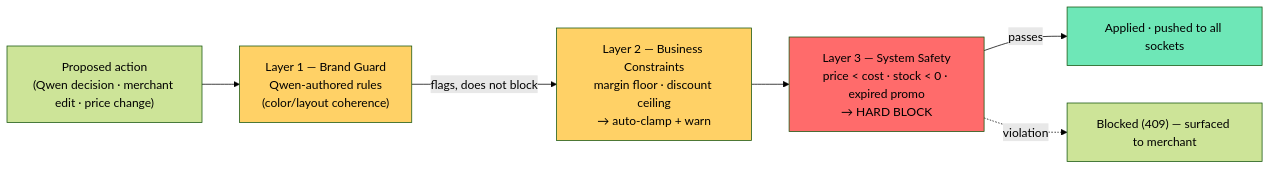
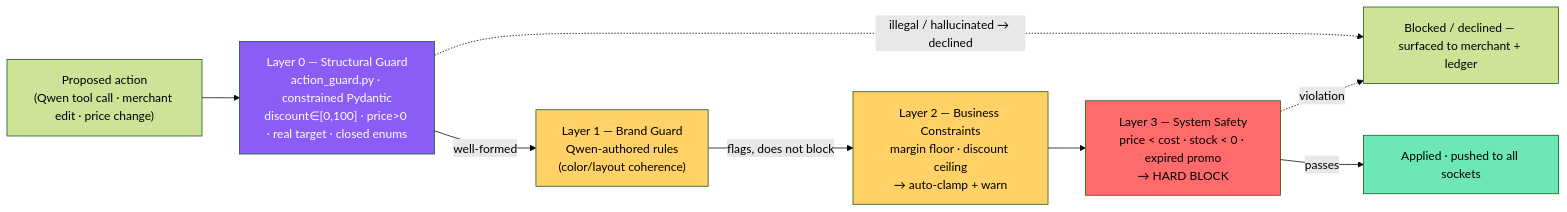
Before and after one commit to Alpha-dev-001/elevate-hackathon: the fourth of 7 diagrams in docs/ARCHITECTURE.md, drawn with Mermaid (forest theme). The commit also changed other lines of this file and 9 other files, not shown here.

First line of the commit message:
docs: refresh README/architecture/deep-dive/testing for swarm+guard+learning+ledger+proactive; add screenshots + Alibaba deploy proof

````diff
--- a/docs/ARCHITECTURE.md
+++ b/docs/ARCHITECTURE.md
@@ -212,17 +290,21 @@
 ```mermaid
 flowchart LR
-    IN["Proposed action<br/>(Qwen decision · merchant edit · price change)"] --> L1
+    IN["Proposed action<br/>(Qwen tool call · merchant edit · price change)"] --> L0
 
+    L0["Layer 0 — Structural Guard<br/>action_guard.py · constrained Pydantic<br/>discount∈[0,100] · price&gt;0 · real target · closed enums"]
+    L0 -.->|illegal / hallucinated → declined| STOP
+    L0 -->|well-formed| L1
     L1["Layer 1 — Brand Guard<br/>Qwen-authored rules<br/>(color/layout coherence)"]
     L1 -->|flags, does not block| L2
     L2["Layer 2 — Business Constraints<br/>margin floor · discount ceiling<br/>→ auto-clamp + warn"]
     L2 --> L3
     L3["Layer 3 — System Safety<br/>price &lt; cost · stock &lt; 0 · expired promo<br/>→ HARD BLOCK"]
     L3 -->|passes| OUT["Applied · pushed to all sockets"]
-    L3 -.->|violation| STOP["Blocked (409) — surfaced to merchant"]
+    L3 -.->|violation| STOP["Blocked / declined — surfaced to merchant + ledger"]
 
+    style L0 fill:#8B5CF6,color:#fff
     style L1 fill:#FFD166,color:#000
     style L2 fill:#FFD166,color:#000
     style L3 fill:#FF6B6B,color:#000
     style OUT fill:#6EE7B7,color:#000
 ```
````
